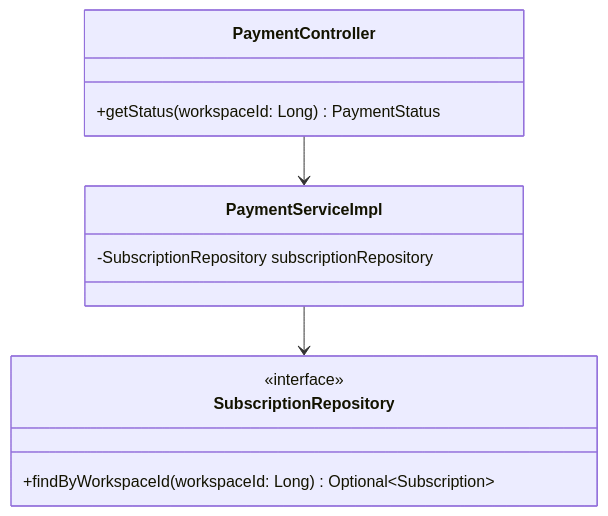
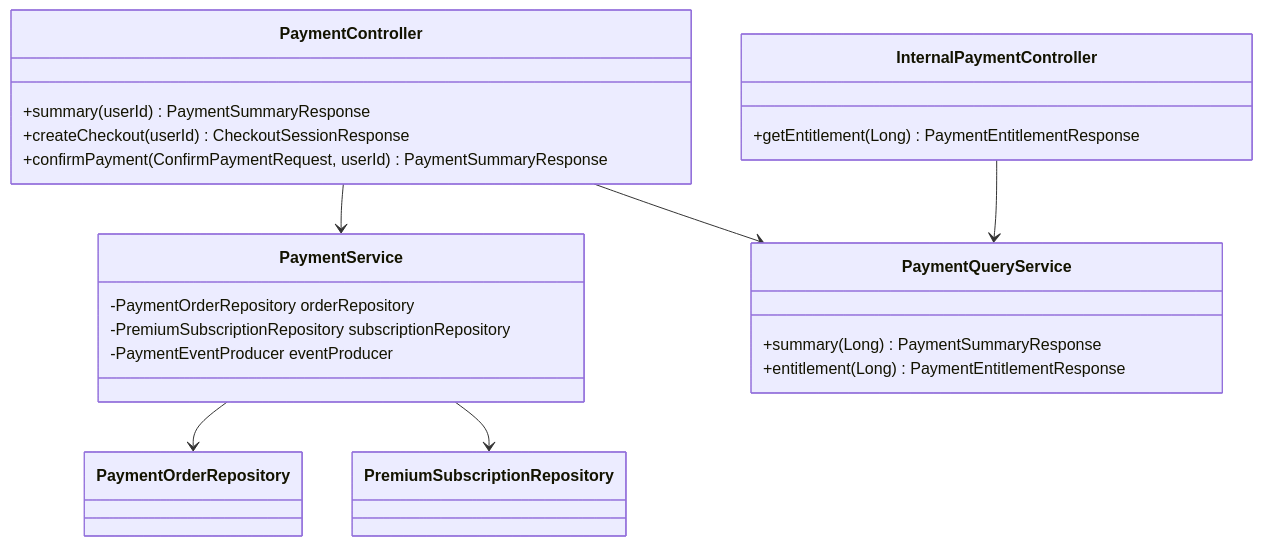
One commit to Prashant-kumar-sharma/FlowBoard-Backend changed the second of 4 diagrams in docs/services/payment-service/diagrams.md. Above: the diagram before and after it, drawn with Mermaid. The commit also changed other lines of this file and 10 other files, not shown here.

Commit message:
[Prashant] : Added Diagrams for all the services

````diff
--- a/docs/services/payment-service/diagrams.md
+++ b/docs/services/payment-service/diagrams.md
@@ -16,15 +33,29 @@
 ```mermaid
 classDiagram
     class PaymentController {
-        +getStatus(workspaceId: Long) PaymentStatus
+        +summary(userId) PaymentSummaryResponse
+        +createCheckout(userId) CheckoutSessionResponse
+        +confirmPayment(ConfirmPaymentRequest, userId) PaymentSummaryResponse
     }
-    class PaymentServiceImpl {
-        -SubscriptionRepository subscriptionRepository
+
+    class InternalPaymentController {
+        +getEntitlement(Long) PaymentEntitlementResponse
     }
-    class SubscriptionRepository {
-        <<interface>>
-        +findByWorkspaceId(workspaceId: Long) Optional~Subscription~
+
+    class PaymentService {
+        -PaymentOrderRepository orderRepository
+        -PremiumSubscriptionRepository subscriptionRepository
+        -PaymentEventProducer eventProducer
     }
-    PaymentController --> PaymentServiceImpl
-    PaymentServiceImpl --> SubscriptionRepository
+
+    class PaymentQueryService {
+        +summary(Long) PaymentSummaryResponse
+        +entitlement(Long) PaymentEntitlementResponse
+    }
+
+    PaymentController --> PaymentService
+    PaymentController --> PaymentQueryService
+    InternalPaymentController --> PaymentQueryService
+    PaymentService --> PaymentOrderRepository
+    PaymentService --> PremiumSubscriptionRepository
 ```
````
